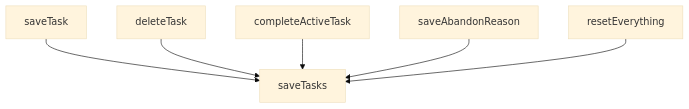
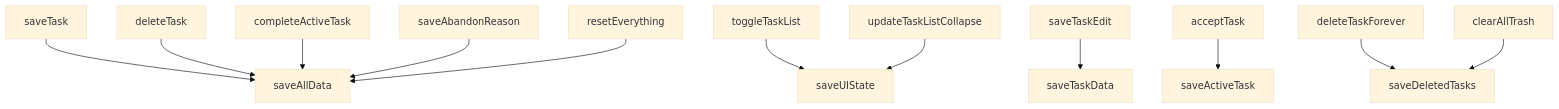
Before and after one commit to hamburger1984/do-this.today: the fifth of 6 diagrams in docs/method-call-graph.md, drawn with Mermaid (base theme). The commit also changed other lines of this file and 3 other files, not shown here.

````diff
--- a/docs/method-call-graph.md
+++ b/docs/method-call-graph.md
@@ -71,8 +71,17 @@
 ```mermaid
 graph TD
-    A[saveTask] --> B[saveTasks]
+    A[saveTask] --> B[saveAllData]
     C[deleteTask] --> B
     D[completeActiveTask] --> B
     E[saveAbandonReason] --> B
     F[resetEverything] --> B
+    
+    G[toggleTaskList] --> H[saveUIState]
+    I[updateTaskListCollapse] --> H
+    
+    J[saveTaskEdit] --> K[saveTaskData]
+    L[acceptTask] --> M[saveActiveTask]
+    
+    N[deleteTaskForever] --> O[saveDeletedTasks]
+    P[clearAllTrash] --> O
 ```
````
